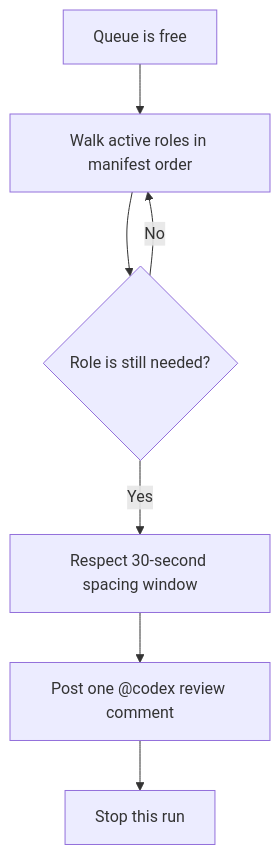
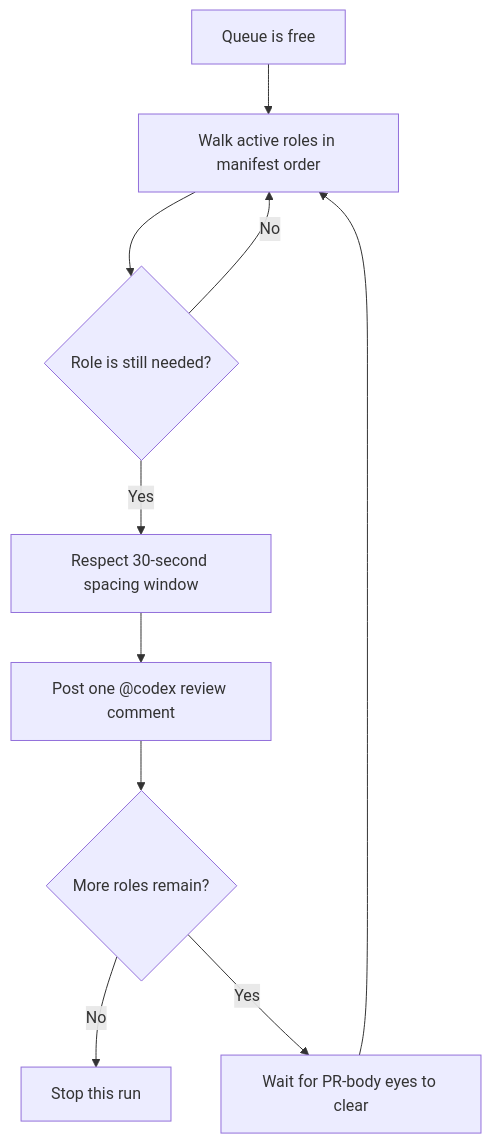
The fourth of 4 diagrams in docs/workflows/codex-review-flow.md (jaharris87/fTimer), drawn with Mermaid before and after one commit. The commit also changed other lines of this file and 3 other files, not shown here.

````diff
--- a/docs/workflows/codex-review-flow.md
+++ b/docs/workflows/codex-review-flow.md
@@ -231,9 +224,12 @@
 ```mermaid
 flowchart TD
     A["Queue is free"] --> B["Walk active roles in manifest order"]
     B --> C{"Role is still needed?"}
     C -->|"No"| B
     C -->|"Yes"| D["Respect 30-second spacing window"]
     D --> E["Post one @codex review comment"]
-    E --> F["Stop this run"]
+    E --> F{"More roles remain?"}
+    F -->|"No"| G["Stop this run"]
+    F -->|"Yes"| H["Wait for PR-body eyes to clear"]
+    H --> B
 ```
````
